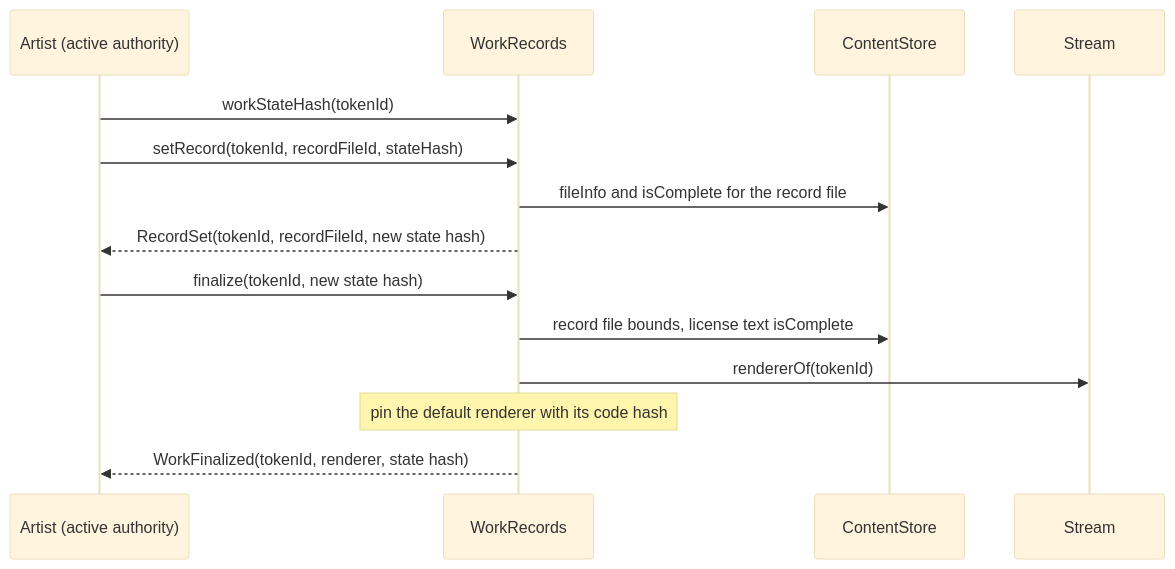
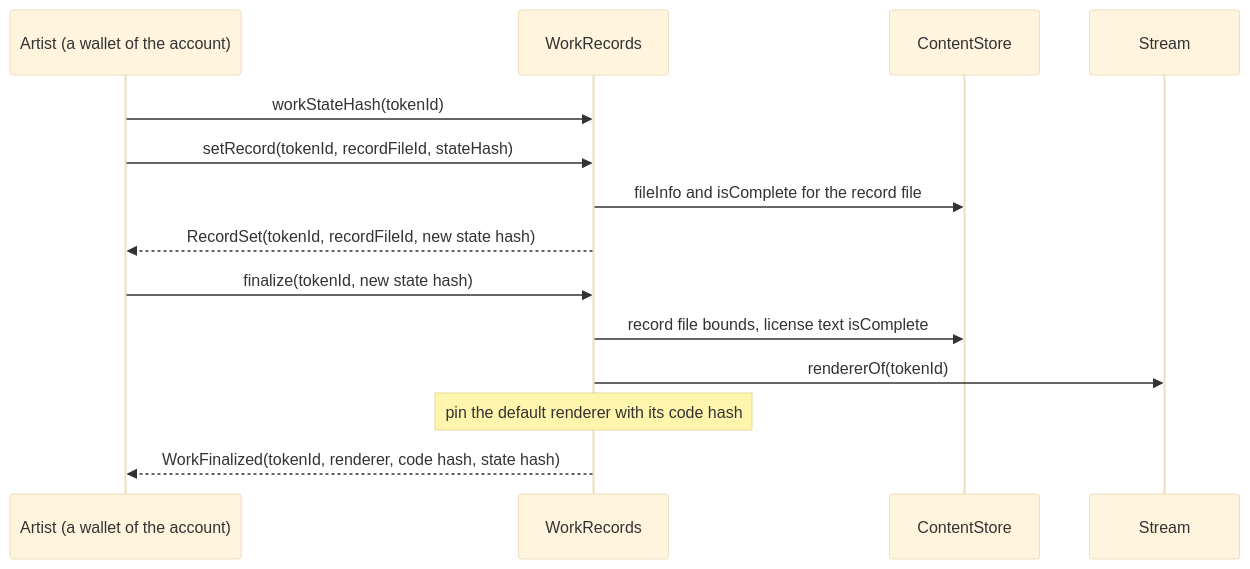
One commit to 6529-Collections/6529-works changed the sixth of 10 diagrams in docs/spec/works-and-storage.md. Above: the diagram before and after it, drawn with Mermaid (base theme). The commit also changed other lines of this file and 352 other files, not shown here.

````diff
--- a/docs/spec/works-and-storage.md
+++ b/docs/spec/works-and-storage.md
@@ -321,16 +327,16 @@
 ```mermaid
 sequenceDiagram
-    participant Ar as Artist (active authority)
+    participant Ar as Artist (a wallet of the account)
     participant WR as WorkRecords
     participant CS as ContentStore
     participant S as Stream
     Ar->>WR: workStateHash(tokenId)
     Ar->>WR: setRecord(tokenId, recordFileId, stateHash)
     WR->>CS: fileInfo and isComplete for the record file
     WR-->>Ar: RecordSet(tokenId, recordFileId, new state hash)
     Ar->>WR: finalize(tokenId, new state hash)
     WR->>CS: record file bounds, license text isComplete
     WR->>S: rendererOf(tokenId)
     Note over WR: pin the default renderer with its code hash
-    WR-->>Ar: WorkFinalized(tokenId, renderer, state hash)
+    WR-->>Ar: WorkFinalized(tokenId, renderer, code hash, state hash)
 ```
````
